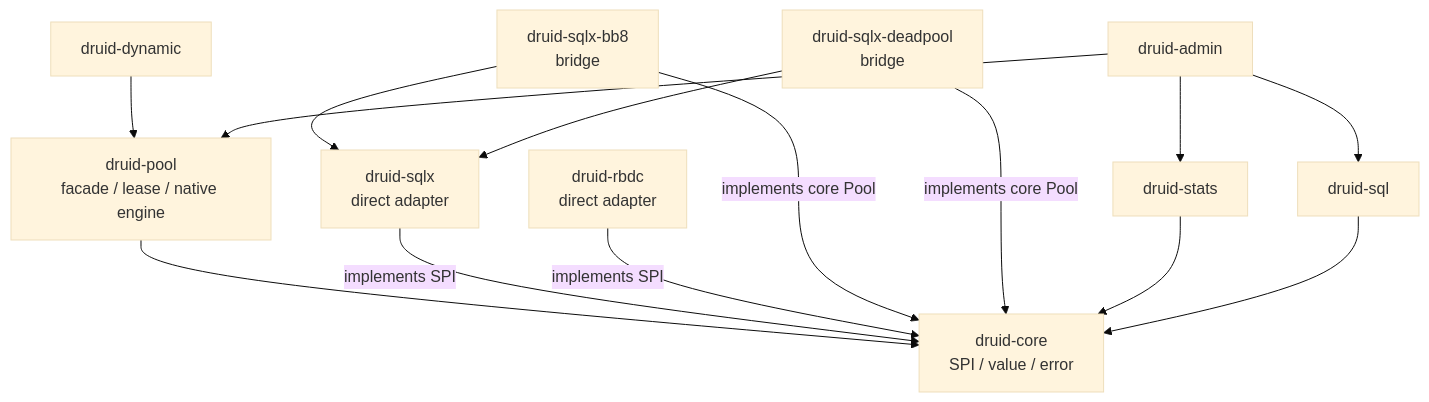
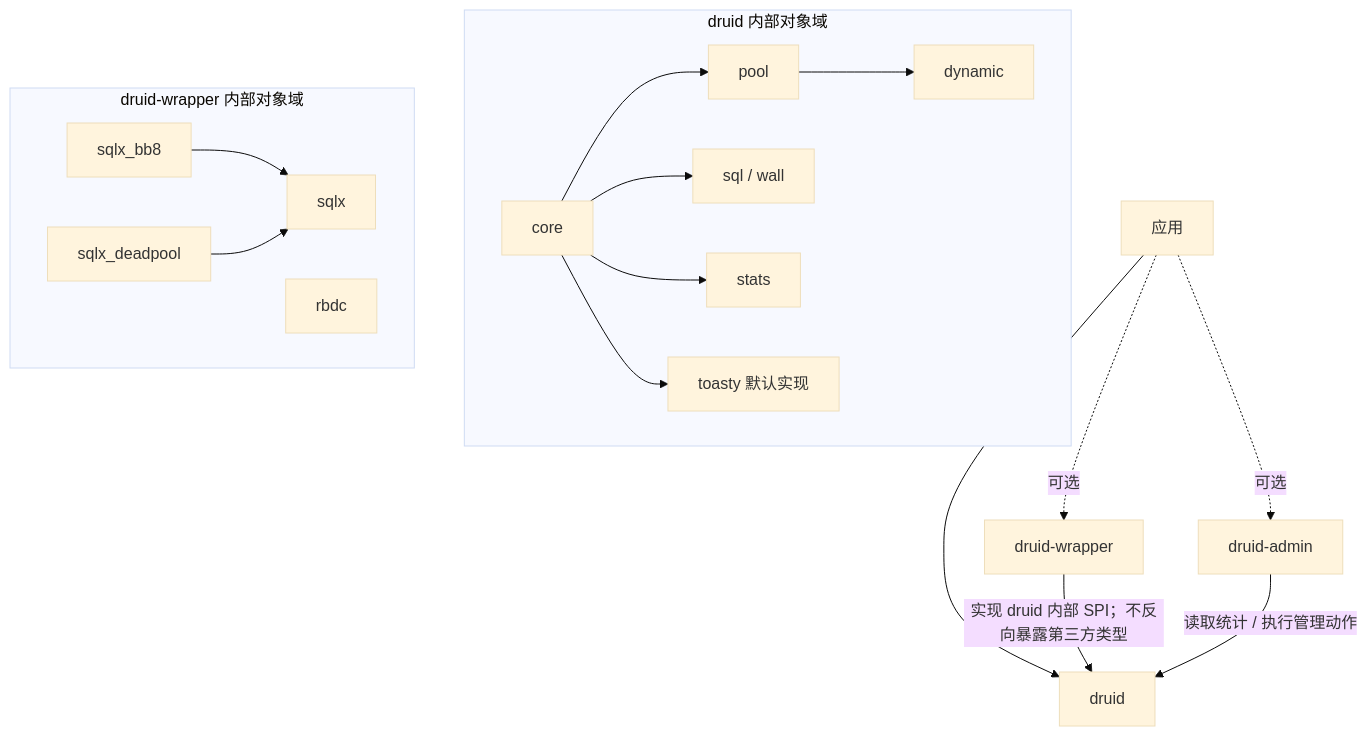
One commit to easy-4-rust/druid-rust changed the eighth of 8 diagrams in doc/migration/5、连接抽象与驱动适配架构.md. Above: the diagram before and after it, drawn with Mermaid (base theme). The commit also changed other lines of this file and 260 other files, not shown here.

````diff
--- a/doc/migration/5、连接抽象与驱动适配架构.md
+++ b/doc/migration/5、连接抽象与驱动适配架构.md
@@ -861,16 +869,24 @@
 ```mermaid
 flowchart TD
-    Pool["druid-pool<br/>facade / lease / native engine"] --> Core["druid-core<br/>SPI / value / error"]
-    Sqlx["druid-sqlx<br/>direct adapter"] -->|"implements SPI"| Core
-    Rbdc["druid-rbdc<br/>direct adapter"] -->|"implements SPI"| Core
-    Bb8["druid-sqlx-bb8<br/>bridge"] -->|"implements core Pool"| Core
-    Deadpool["druid-sqlx-deadpool<br/>bridge"] -->|"implements core Pool"| Core
-    Bb8 --> Sqlx
-    Deadpool --> Sqlx
-    Dynamic["druid-dynamic"] --> Pool
-    Stats["druid-stats"] --> Core
-    Sql["druid-sql"] --> Core
-    Admin["druid-admin"] --> Pool
-    Admin --> Stats
-    Admin --> Sql
+    App["应用"] --> Druid["druid"]
+    App -. "可选" .-> Wrapper["druid-wrapper"]
+    App -. "可选" .-> Admin["druid-admin"]
+
+    Wrapper -->|"实现 druid 内部 SPI；不反向暴露第三方类型"| Druid
+    Admin -->|"读取统计 / 执行管理动作"| Druid
+
+    subgraph DruidInternal["druid 内部对象域"]
+        Core["core"] --> Pool["pool"]
+        Core --> Sql["sql / wall"]
+        Core --> Stats["stats"]
+        Pool --> Dynamic["dynamic"]
+        Core --> Toasty["toasty 默认实现"]
+    end
+
+    subgraph WrapperInternal["druid-wrapper 内部对象域"]
+        Sqlx["sqlx"]
+        Rbdc["rbdc"]
+        Bb8["sqlx_bb8"] --> Sqlx
+        Deadpool["sqlx_deadpool"] --> Sqlx
+    end
 ```
````
